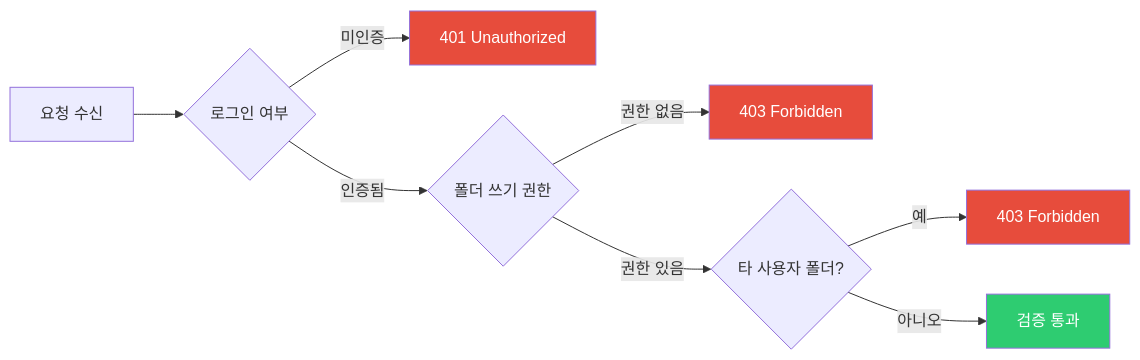
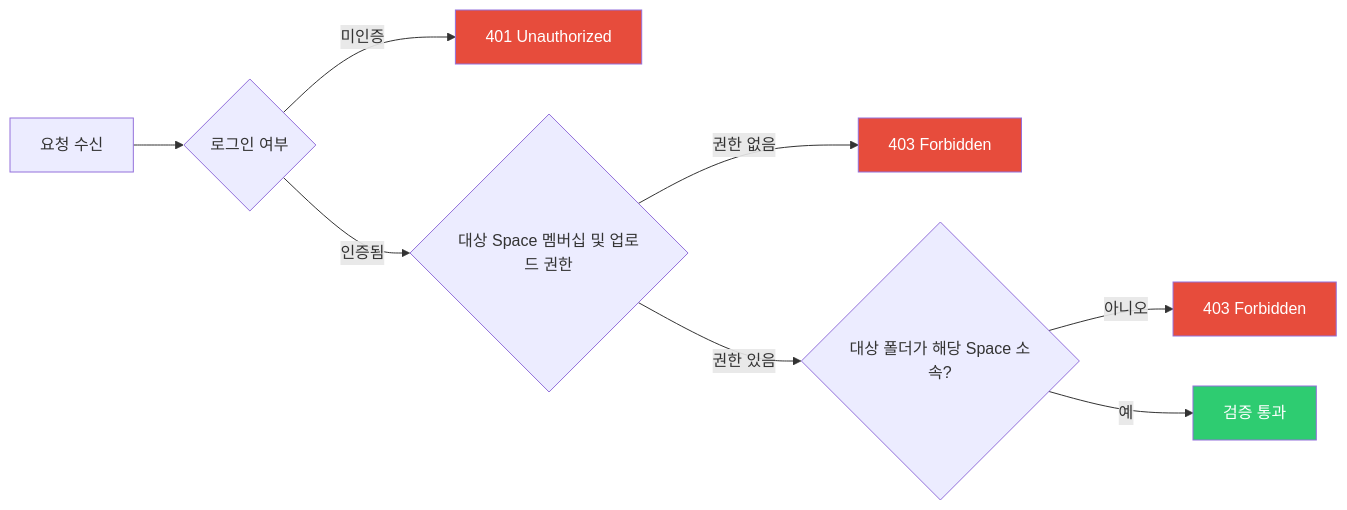
One commit to Cloud-Sharp/docs changed the third of 17 diagrams in docs/설계/pipeline/업로드 파이프라인.md. Above: the diagram before and after it, drawn with Mermaid. The commit also changed other lines of this file and 5 other files, not shown here.

````diff
--- a/docs/설계/pipeline/업로드 파이프라인.md
+++ b/docs/설계/pipeline/업로드 파이프라인.md
@@ -112,15 +119,15 @@
 ```mermaid
 flowchart LR
     A[요청 수신] --> B{로그인 여부}
     B -- 미인증 --> X1[401 Unauthorized]
-    B -- 인증됨 --> C{폴더 쓰기 권한}
+    B -- 인증됨 --> C{대상 Space 멤버십 및 업로드 권한}
     C -- 권한 없음 --> X2[403 Forbidden]
-    C -- 권한 있음 --> D{타 사용자 폴더?}
-    D -- 예 --> X3[403 Forbidden]
-    D -- 아니오 --> E[검증 통과]
+    C -- 권한 있음 --> D{대상 폴더가 해당 Space 소속?}
+    D -- 아니오 --> X3[403 Forbidden]
+    D -- 예 --> E[검증 통과]
 
     style X1 fill:#e74c3c,color:#fff
     style X2 fill:#e74c3c,color:#fff
     style X3 fill:#e74c3c,color:#fff
     style E fill:#2ecc71,color:#fff
 ```
````
